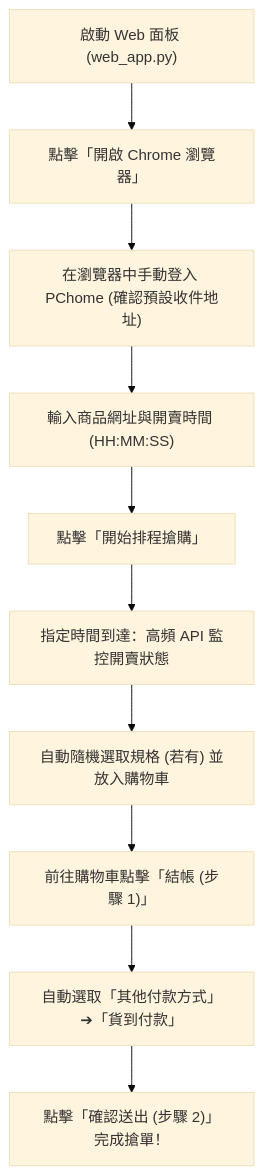
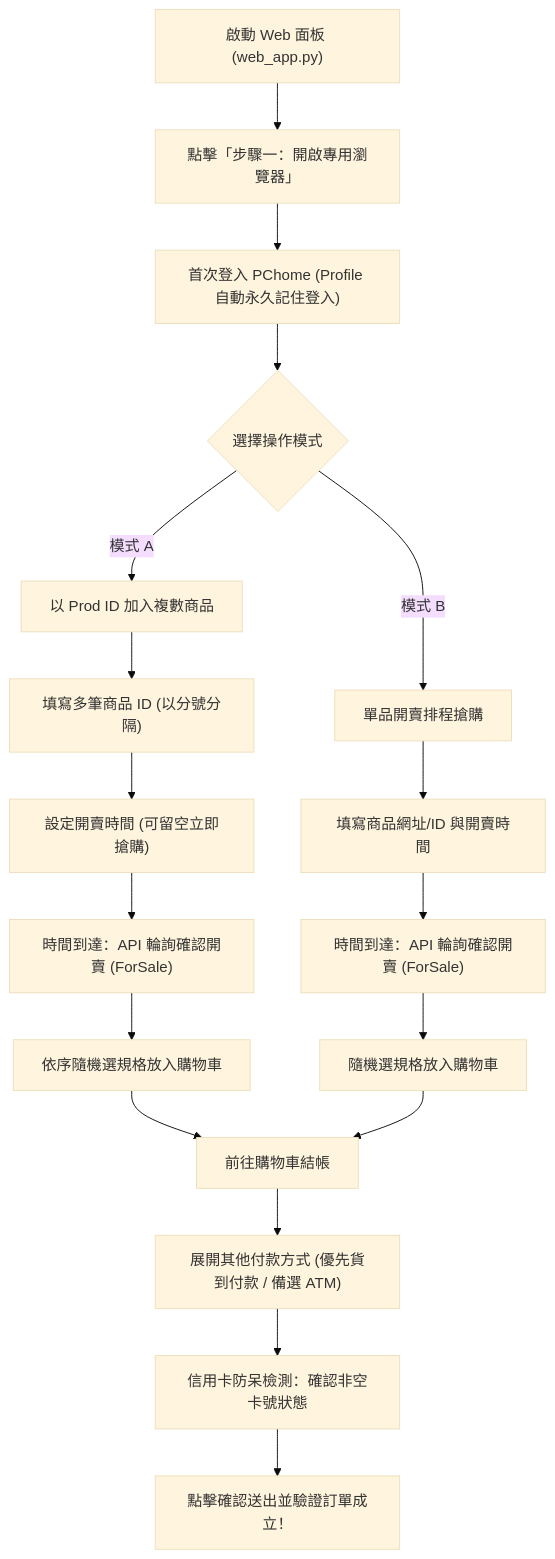
Before and after one commit to tcfshcrw/PChome-AutoBuy: the diagram in README.md, drawn with Mermaid (base theme). The commit also changed other lines of this file and 5 other files, not shown here.

````diff
--- a/README.md
+++ b/README.md
@@ -96,12 +96,23 @@
 ```mermaid
 flowchart TD
-    A["啟動 Web 面板 (web_app.py)"] --> B["點擊「開啟 Chrome 瀏覽器」"]
-    B --> C["在瀏覽器中手動登入 PChome (確認預設收件地址)"]
-    C --> D["輸入商品網址與開賣時間 (HH:MM:SS)"]
-    D --> E["點擊「開始排程搶購」"]
-    E --> F["指定時間到達：高頻 API 監控開賣狀態"]
-    F --> G["自動隨機選取規格 (若有) 並放入購物車"]
-    G --> H["前往購物車點擊「結帳 (步驟 1)」"]
-    H --> I["自動選取「其他付款方式」➔「貨到付款」"]
-    I --> J["點擊「確認送出 (步驟 2)」完成搶單！"]
+    A["啟動 Web 面板 (web_app.py)"] --> B["點擊「步驟一：開啟專用瀏覽器」"]
+    B --> C["首次登入 PChome (Profile 自動永久記住登入)"]
+    C --> D{"選擇操作模式"}
+    
+    D -->|"模式 A"| E["以 Prod ID 加入複數商品"]
+    E --> E1["填寫多筆商品 ID (以分號分隔)"]
+    E1 --> E2["設定開賣時間 (可留空立即搶購)"]
+    E2 --> E3["時間到達：API 輪詢確認開賣 (ForSale)"]
+    E3 --> E4["依序隨機選規格放入購物車"]
+    E4 --> G["前往購物車結帳"]
+    
+    D -->|"模式 B"| F["單品開賣排程搶購"]
+    F --> F1["填寫商品網址/ID 與開賣時間"]
+    F1 --> F2["時間到達：API 輪詢確認開賣 (ForSale)"]
+    F2 --> F3["隨機選規格放入購物車"]
+    F3 --> G
+    
+    G --> H["展開其他付款方式 (優先貨到付款 / 備選 ATM)"]
+    H --> I["信用卡防呆檢測：確認非空卡號狀態"]
+    I --> J["點擊確認送出並驗證訂單成立！"]
 ```
````
